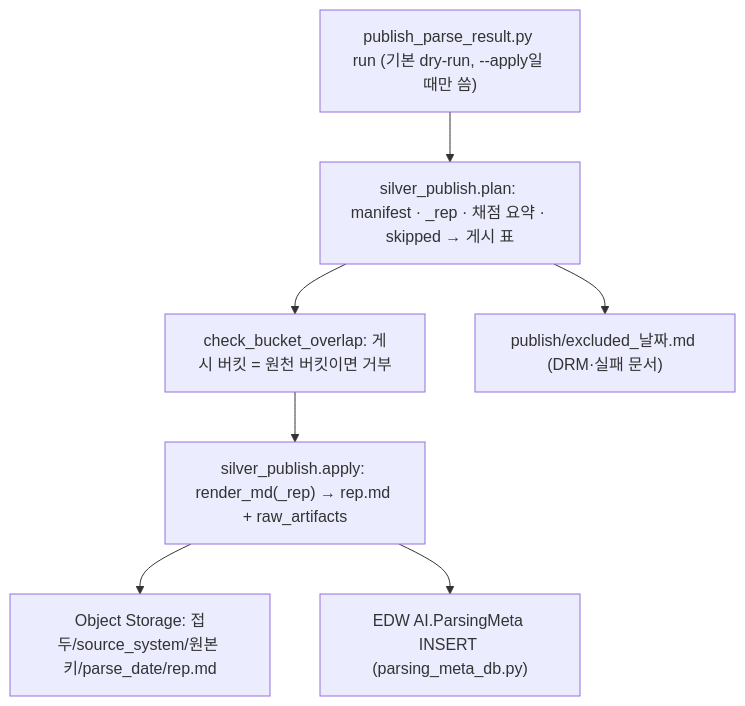
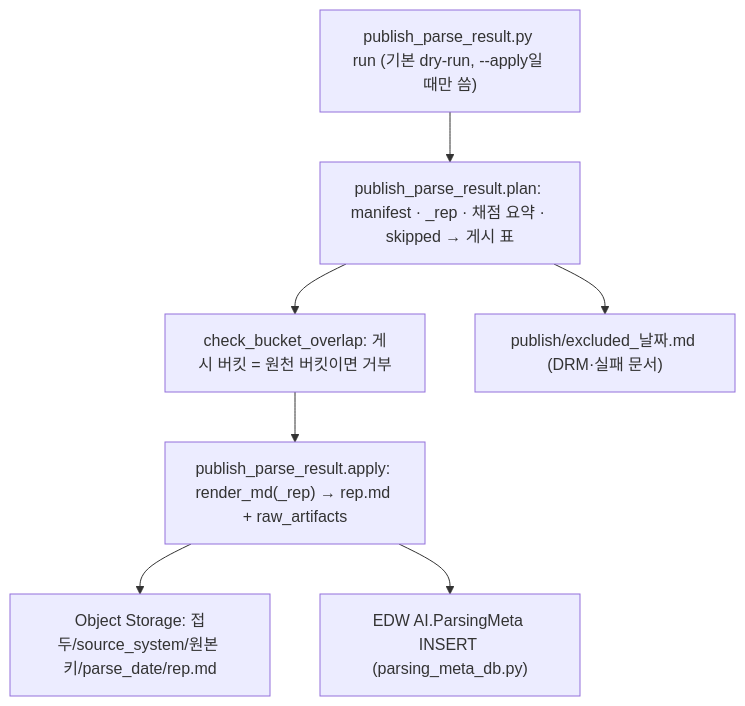
One commit to gigasamba/sbl_data_parsing changed the eighth of 11 diagrams in docs/architecture/parse_flow.md. Above: the diagram before and after it, drawn with Mermaid. The commit also changed other lines of this file and 11 other files, not shown here.

First line of the commit message:
refactor(pipeline): fold load/silver_publish.py into publish_parse_result.py (rn-06 B7)

````diff
--- a/docs/architecture/parse_flow.md
+++ b/docs/architecture/parse_flow.md
@@ -294,13 +294,13 @@
 ```mermaid
 flowchart TD
     A["publish_parse_result.py run (기본 dry-run, --apply일 때만 씀)"]
-    B["silver_publish.plan: manifest · _rep · 채점 요약 · skipped → 게시 표"]
+    B["publish_parse_result.plan: manifest · _rep · 채점 요약 · skipped → 게시 표"]
     C["check_bucket_overlap: 게시 버킷 = 원천 버킷이면 거부"]
-    D["silver_publish.apply: render_md(_rep) → rep.md + raw_artifacts"]
+    D["publish_parse_result.apply: render_md(_rep) → rep.md + raw_artifacts"]
     E["Object Storage: 접두/source_system/원본 키/parse_date/rep.md"]
     F["EDW AI.ParsingMeta INSERT (parsing_meta_db.py)"]
     G["publish/excluded_날짜.md (DRM·실패 문서)"]
     A --> B --> C --> D --> E
     D --> F
     B --> G
 ```
````
